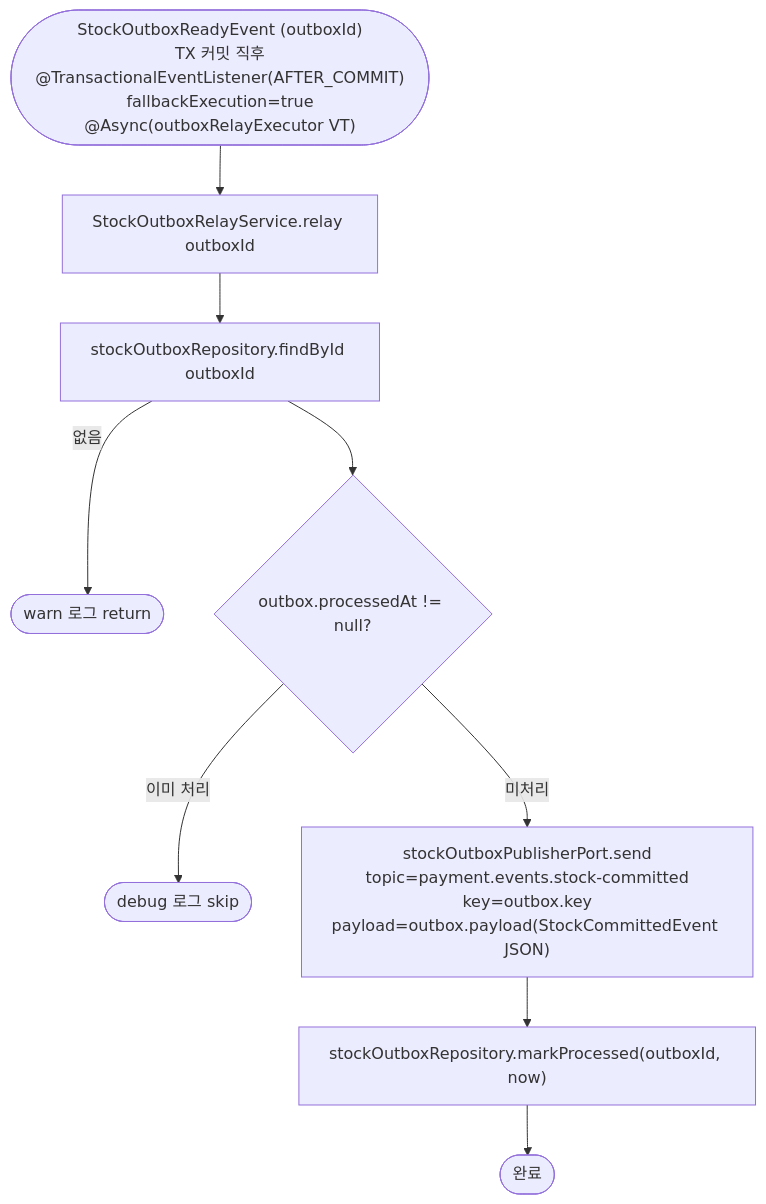
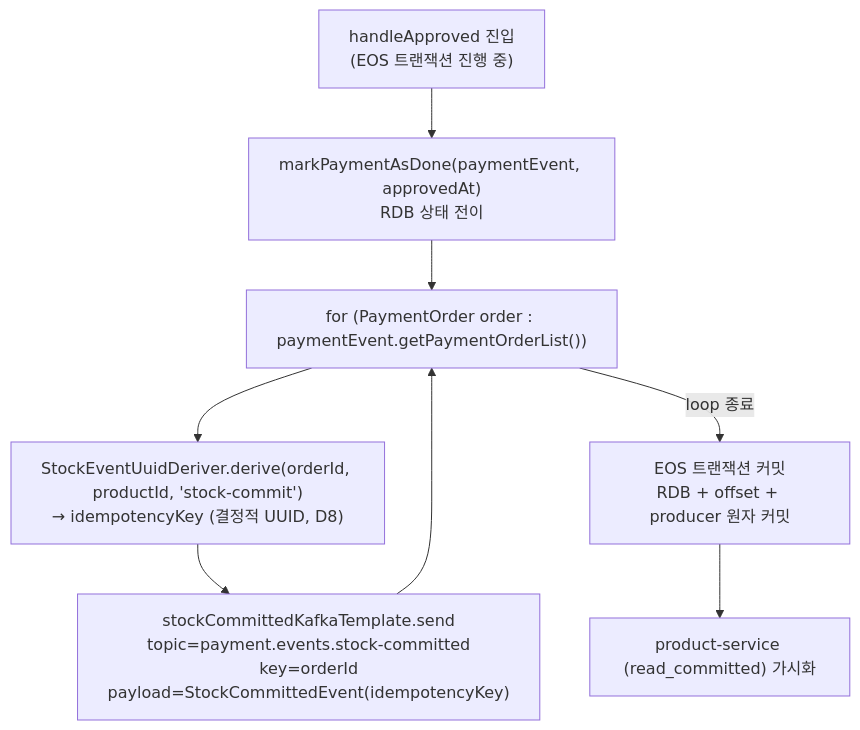
Before and after one commit to hyoguoo/payment-platform: the fifth of 9 diagrams in docs/context/CONFIRM-FLOW.md, drawn with Mermaid. The commit also changed other lines of this file and 7 other files, not shown here.

First line of the commit message:
docs(payment-eos-transition): 영구 문서 6개 갱신 + execute 봉인 (PET-14)

````diff
--- a/docs/context/CONFIRM-FLOW.md
+++ b/docs/context/CONFIRM-FLOW.md
@@ -208,13 +243,10 @@
 ```mermaid
 flowchart TD
-    AE(["StockOutboxReadyEvent (outboxId)<br/>TX 커밋 직후<br/>@TransactionalEventListener(AFTER_COMMIT)<br/>fallbackExecution=true<br/>@Async(outboxRelayExecutor VT)"]) --> RELAY[StockOutboxRelayService.relay outboxId]
-
-    RELAY --> FIND[stockOutboxRepository.findById outboxId]
-    FIND -->|없음| WARN([warn 로그 return])
-    FIND --> CHK{outbox.processedAt != null?}
-    CHK -->|이미 처리| SKIP([debug 로그 skip])
-    CHK -->|미처리| SEND["stockOutboxPublisherPort.send<br/>topic=payment.events.stock-committed<br/>key=outbox.key<br/>payload=outbox.payload(StockCommittedEvent JSON)"]
-
-    SEND --> MARK["stockOutboxRepository.markProcessed(outboxId, now)"]
-    MARK --> END([완료])
+    APPROVED["handleApproved 진입<br/>(EOS 트랜잭션 진행 중)"] --> MARK_DONE["markPaymentAsDone(paymentEvent, approvedAt)<br/>RDB 상태 전이"]
+    MARK_DONE --> LOOP["for (PaymentOrder order : paymentEvent.getPaymentOrderList())"]
+    LOOP --> DERIVE["StockEventUuidDeriver.derive(orderId, productId, 'stock-commit')<br/>→ idempotencyKey (결정적 UUID, D8)"]
+    DERIVE --> SEND["stockCommittedKafkaTemplate.send<br/>topic=payment.events.stock-committed<br/>key=orderId<br/>payload=StockCommittedEvent(idempotencyKey)"]
+    SEND --> LOOP
+    LOOP -->|loop 종료| COMMIT["EOS 트랜잭션 커밋<br/>RDB + offset + producer 원자 커밋"]
+    COMMIT --> VISIBLE["product-service (read_committed) 가시화"]
 ```
````
